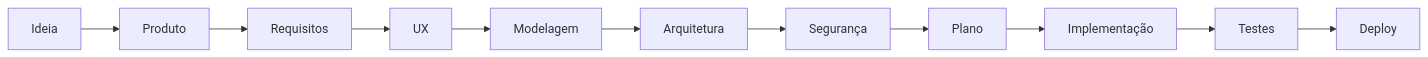
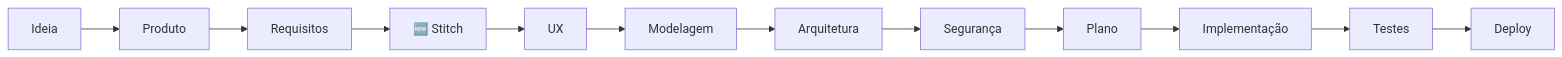
The second of 5 diagrams in INSTRUCOES_DE_USO.md (Matheus-Gama-deluna/Guia-dev-IA), drawn with Mermaid before and after one commit. The commit also changed other lines of this file and 55 other files, not shown here.

````diff
--- a/INSTRUCOES_DE_USO.md
+++ b/INSTRUCOES_DE_USO.md
@@ -58,6 +98,7 @@
 ```mermaid
 flowchart LR
-    A[Ideia] --> B[Produto] --> C[Requisitos] --> D[UX]
-    D --> E[Modelagem] --> F[Arquitetura] --> G[Segurança]
-    G --> H[Plano] --> I[Implementação] --> J[Testes] --> K[Deploy]
+    A[Ideia] --> B[Produto] --> C[Requisitos] --> S[🆕 Stitch]
+    S --> D[UX] --> E[Modelagem] --> F[Arquitetura]
+    F --> G[Segurança] --> H[Plano] --> I[Implementação]
+    I --> J[Testes] --> K[Deploy]
 ```
````
